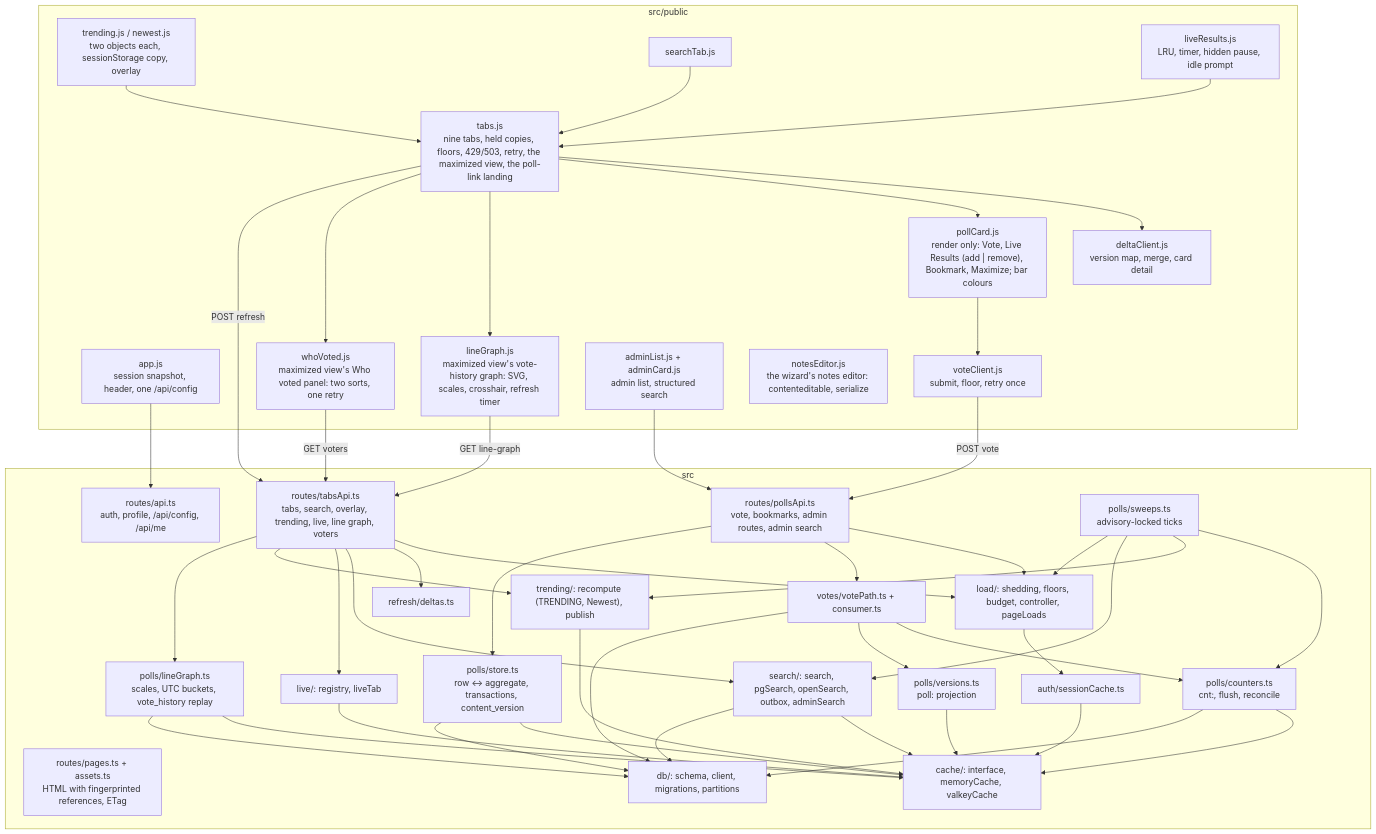
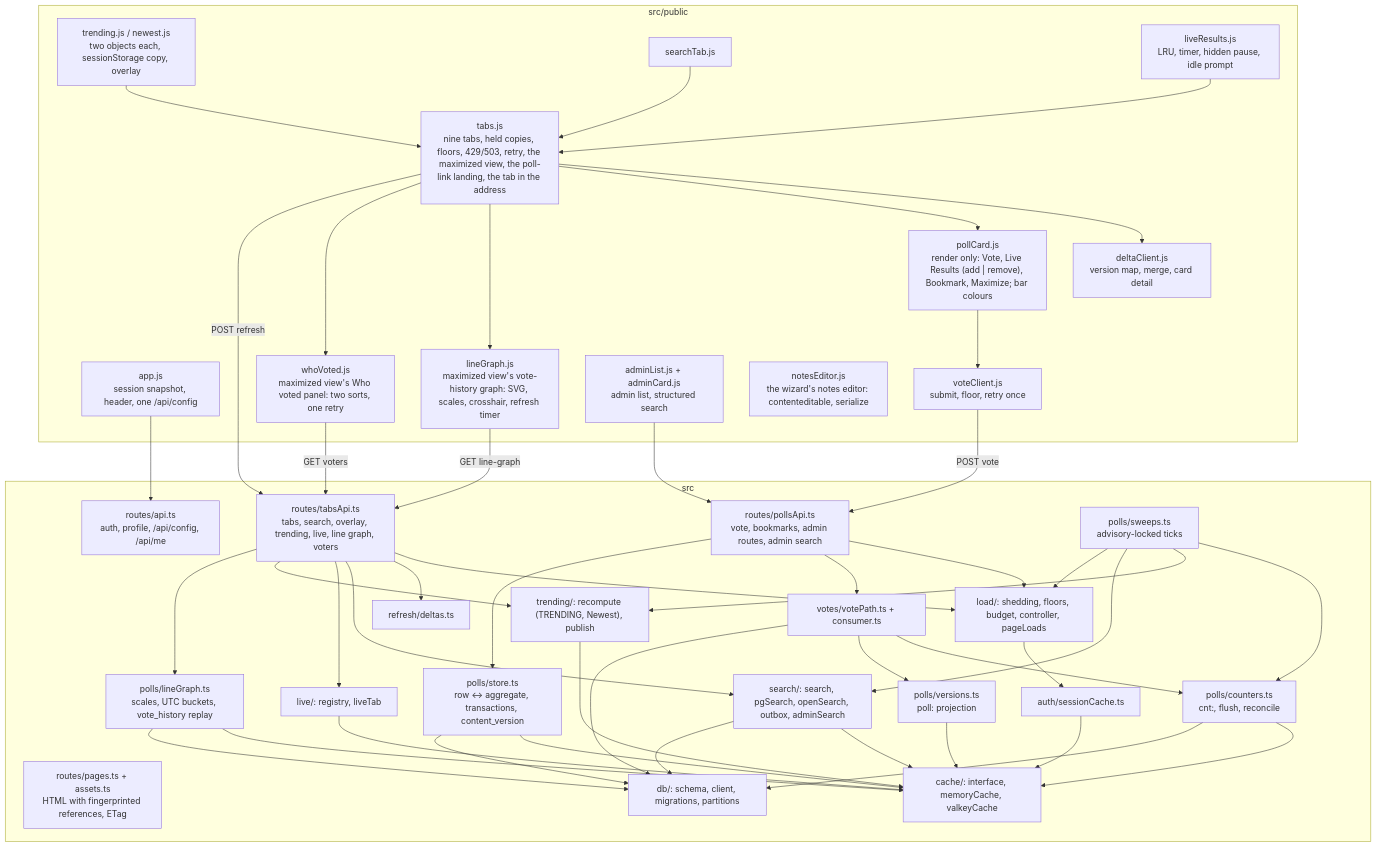
The third of 18 diagrams in ARCHITECTURE.md (roadraceresults/crowdpoll), drawn with Mermaid before and after one commit. The commit also changed other lines of this file and 38 other files, not shown here.

First line of the commit message:
Footer links: phone layout, tab kept in the address, one back rule

````diff
--- a/ARCHITECTURE.md
+++ b/ARCHITECTURE.md
@@ -83,55 +83,55 @@
 ```mermaid
 flowchart TB
   subgraph Client["src/public"]
     App["app.js<br/>session snapshot, header, one /api/config"]
-    Tabs["tabs.js<br/>nine tabs, held copies, floors, 429/503, retry, the maximized view, the poll-link landing"]
+    Tabs["tabs.js<br/>nine tabs, held copies, floors, 429/503, retry, the maximized view, the poll-link landing, the tab in the address"]
     Trending["trending.js / newest.js<br/>two objects each, sessionStorage copy, overlay"]
     SearchTab["searchTab.js"]
     Live["liveResults.js<br/>LRU, timer, hidden pause, idle prompt"]
     Delta["deltaClient.js<br/>version map, merge, card detail"]
     Vote["voteClient.js<br/>submit, floor, retry once"]
     Card["pollCard.js<br/>render only: Vote, Live Results (add | remove), Bookmark, Maximize; bar colours"]
     Graph["lineGraph.js<br/>maximized view's vote-history graph: SVG, scales, crosshair, refresh timer"]
     Voters["whoVoted.js<br/>maximized view's Who voted panel: two sorts, one retry"]
     Admin["adminList.js + adminCard.js<br/>admin list, structured search"]
     Notes["notesEditor.js<br/>the wizard's notes editor: contenteditable, serialize"]
   end
 
   subgraph Server["src"]
     Pipeline["load/: shedding, floors, budget, controller, pageLoads"]
     TabsApi["routes/tabsApi.ts<br/>tabs, search, overlay, trending, live, line graph, voters"]
     LineGraph["polls/lineGraph.ts<br/>scales, UTC buckets, vote_history replay"]
     PollsApi["routes/pollsApi.ts<br/>vote, bookmarks, admin routes, admin search"]
     Api["routes/api.ts<br/>auth, profile, /api/config, /api/me"]
     Pages["routes/pages.ts + assets.ts<br/>HTML with fingerprinted references, ETag"]
     Sessions["auth/sessionCache.ts"]
     Store["polls/store.ts<br/>row ↔ aggregate, transactions, content_version"]
     Counters["polls/counters.ts<br/>cnt:<pid>, flush, reconcile"]
     Versions["polls/versions.ts<br/>poll:<pid> projection"]
     Deltas["refresh/deltas.ts"]
     VotePath["votes/votePath.ts + consumer.ts"]
     Search["search/: search, pgSearch, openSearch, outbox, adminSearch"]
     TrendingS["trending/: recompute (TRENDING, Newest), publish"]
     LiveS["live/: registry, liveTab"]
     Sweeps["polls/sweeps.ts<br/>advisory-locked ticks"]
     Cache["cache/: interface, memoryCache, valkeyCache"]
     Db["db/: schema, client, migrations, partitions"]
   end
 
   Tabs --> Delta & Card & Graph & Voters
   Graph -- "GET line-graph" --> TabsApi
   Voters -- "GET voters" --> TabsApi
   Trending & SearchTab & Live --> Tabs
   Card --> Vote
   Tabs -- "POST refresh" --> TabsApi
   Vote -- "POST vote" --> PollsApi
   Admin --> PollsApi
   App --> Api
   TabsApi & PollsApi --> Pipeline --> Sessions
   TabsApi --> Deltas & Search & LiveS & TrendingS & LineGraph
   PollsApi --> VotePath & Store
   VotePath --> Counters & Versions
   Sweeps --> Counters & TrendingS & Search & Pipeline
   Store & Counters & Versions & Search & LiveS & TrendingS & Sessions & LineGraph --> Cache
   Store & Counters & Search & VotePath & LineGraph --> Db
 ```
````
